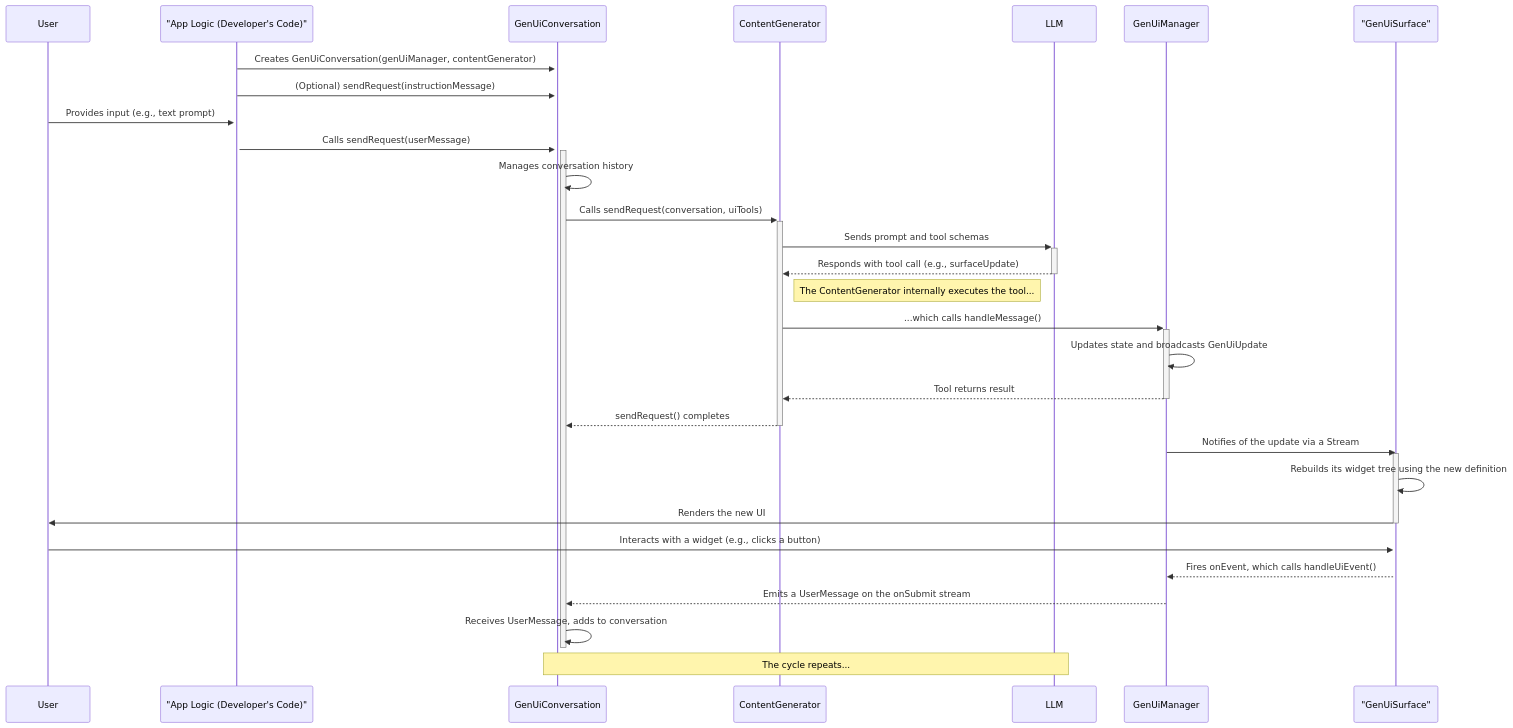
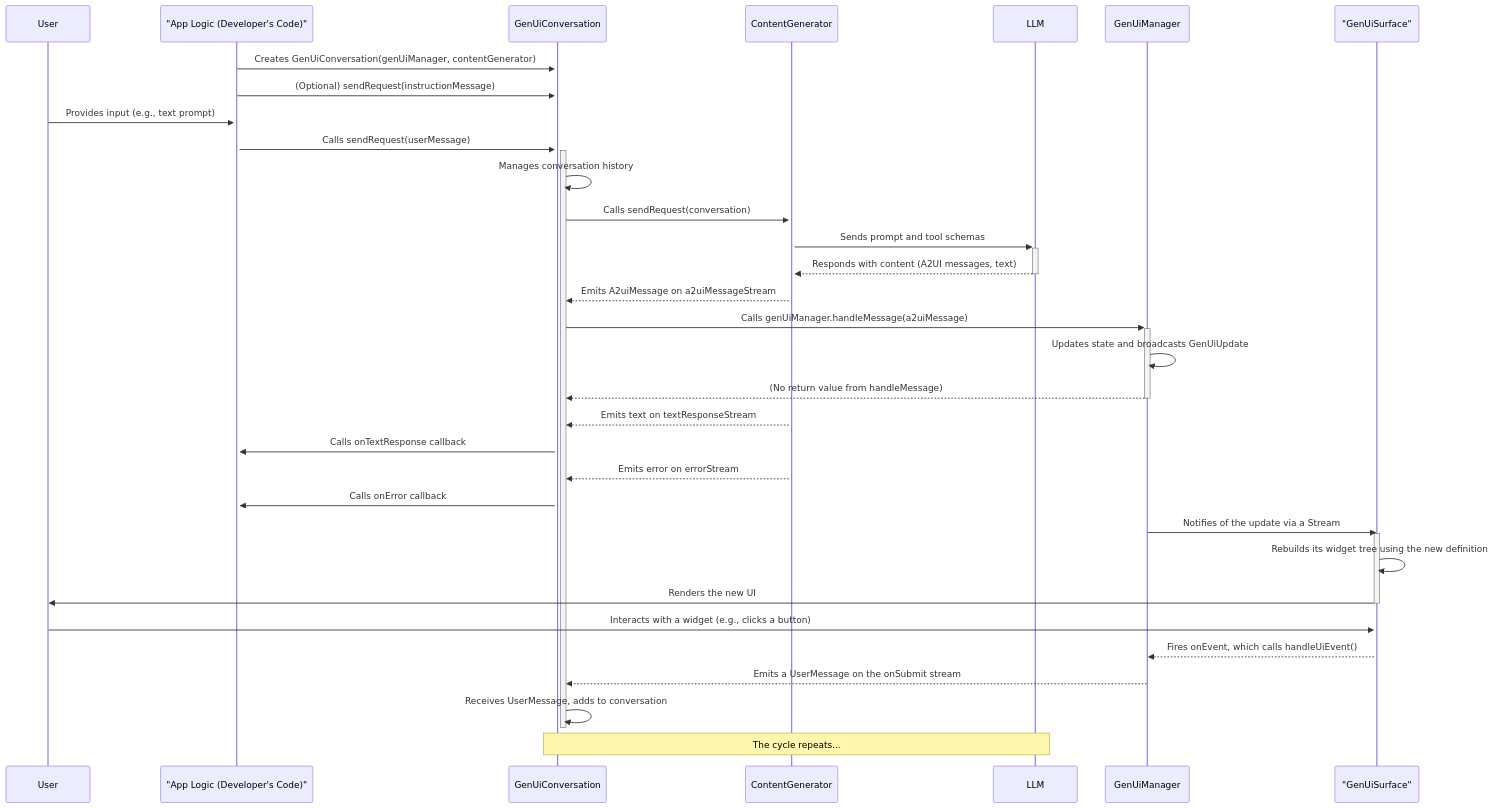
Before and after one commit to flutter/genui: the second of 2 diagrams in packages/flutter_genui/IMPLEMENTATION.md, drawn with Mermaid. The commit also changed other lines of this file and 3 other files, not shown here.

````diff
--- a/packages/flutter_genui/IMPLEMENTATION.md
+++ b/packages/flutter_genui/IMPLEMENTATION.md
@@ -97,41 +120,46 @@
 ```mermaid
 sequenceDiagram
     participant User
     participant AppLogic as "App Logic (Developer's Code)"
     participant GenUiConversation
     participant ContentGenerator
     participant LLM
     participant GenUiManager
     participant GenUiSurface as "GenUiSurface"
 
     AppLogic->>+GenUiConversation: Creates GenUiConversation(genUiManager, contentGenerator)
     AppLogic->>+GenUiConversation: (Optional) sendRequest(instructionMessage)
 
     User->>+AppLogic: Provides input (e.g., text prompt)
     AppLogic->>+GenUiConversation: Calls sendRequest(userMessage)
     GenUiConversation->>GenUiConversation: Manages conversation history
-    GenUiConversation->>+ContentGenerator: Calls sendRequest(conversation, uiTools)
+    GenUiConversation->>+ContentGenerator: Calls sendRequest(conversation)
     ContentGenerator->>+LLM: Sends prompt and tool schemas
-    LLM-->>-ContentGenerator: Responds with tool call (e.g., surfaceUpdate)
+    LLM-->>-ContentGenerator: Responds with content (A2UI messages, text)
 
-    Note right of ContentGenerator: The ContentGenerator internally executes the tool...
-    ContentGenerator->>+GenUiManager: ...which calls handleMessage()
+    ContentGenerator-->>GenUiConversation: Emits A2uiMessage on a2uiMessageStream
+    GenUiConversation->>+GenUiManager: Calls genUiManager.handleMessage(a2uiMessage)
     GenUiManager->>GenUiManager: Updates state and broadcasts GenUiUpdate
-    GenUiManager-->>-ContentGenerator: Tool returns result
-    ContentGenerator-->>-GenUiConversation: sendRequest() completes
+    GenUiManager-->>-GenUiConversation: (No return value from handleMessage)
+
+    ContentGenerator-->>GenUiConversation: Emits text on textResponseStream
+    GenUiConversation->>AppLogic: Calls onTextResponse callback
+
+    ContentGenerator-->>GenUiConversation: Emits error on errorStream
+    GenUiConversation->>AppLogic: Calls onError callback
 
     %% The UI updates asynchronously based on the stream
     GenUiManager->>GenUiSurface: Notifies of the update via a Stream
     activate GenUiSurface
     GenUiSurface->>GenUiSurface: Rebuilds its widget tree using the new definition
     GenUiSurface->>User: Renders the new UI
     deactivate GenUiSurface
 
     %% Later, the user interacts
     User->>+GenUiSurface: Interacts with a widget (e.g., clicks a button)
     GenUiSurface-->>GenUiManager: Fires onEvent, which calls handleUiEvent()
     GenUiManager-->>GenUiConversation: Emits a UserMessage on the onSubmit stream
     GenUiConversation->>GenUiConversation: Receives UserMessage, adds to conversation
     deactivate GenUiConversation
     Note over GenUiConversation, LLM: The cycle repeats...
 ```
````
